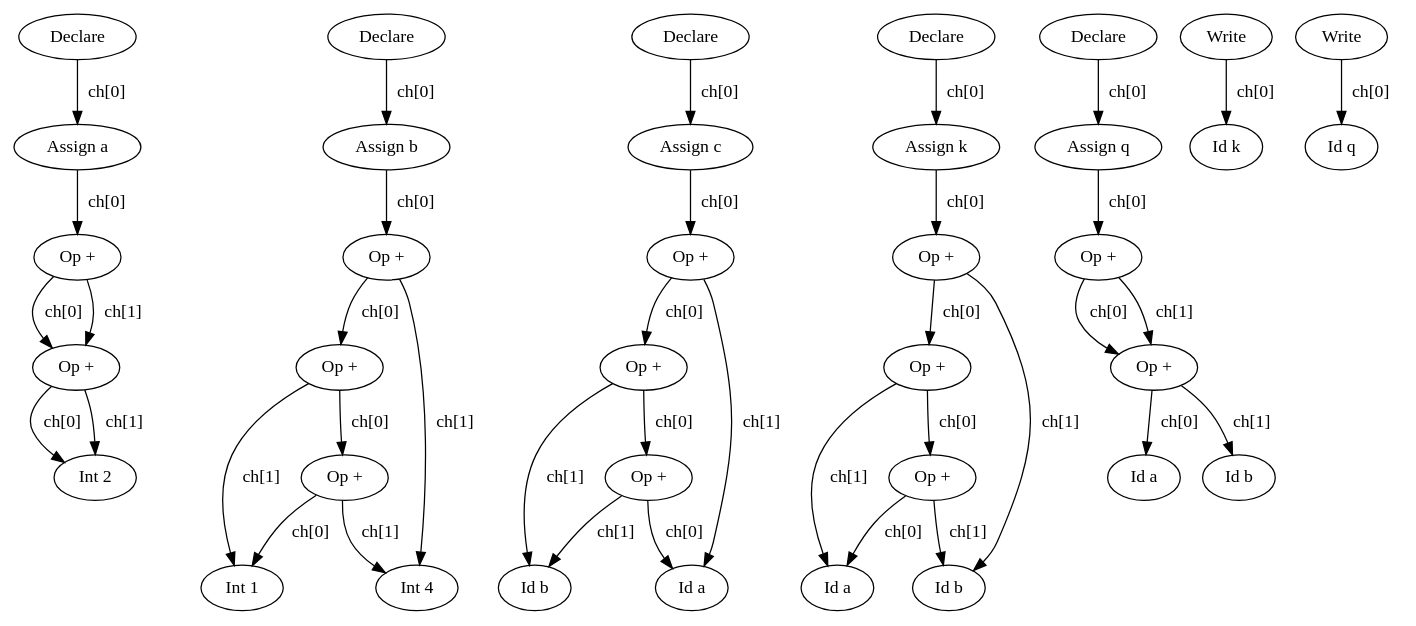
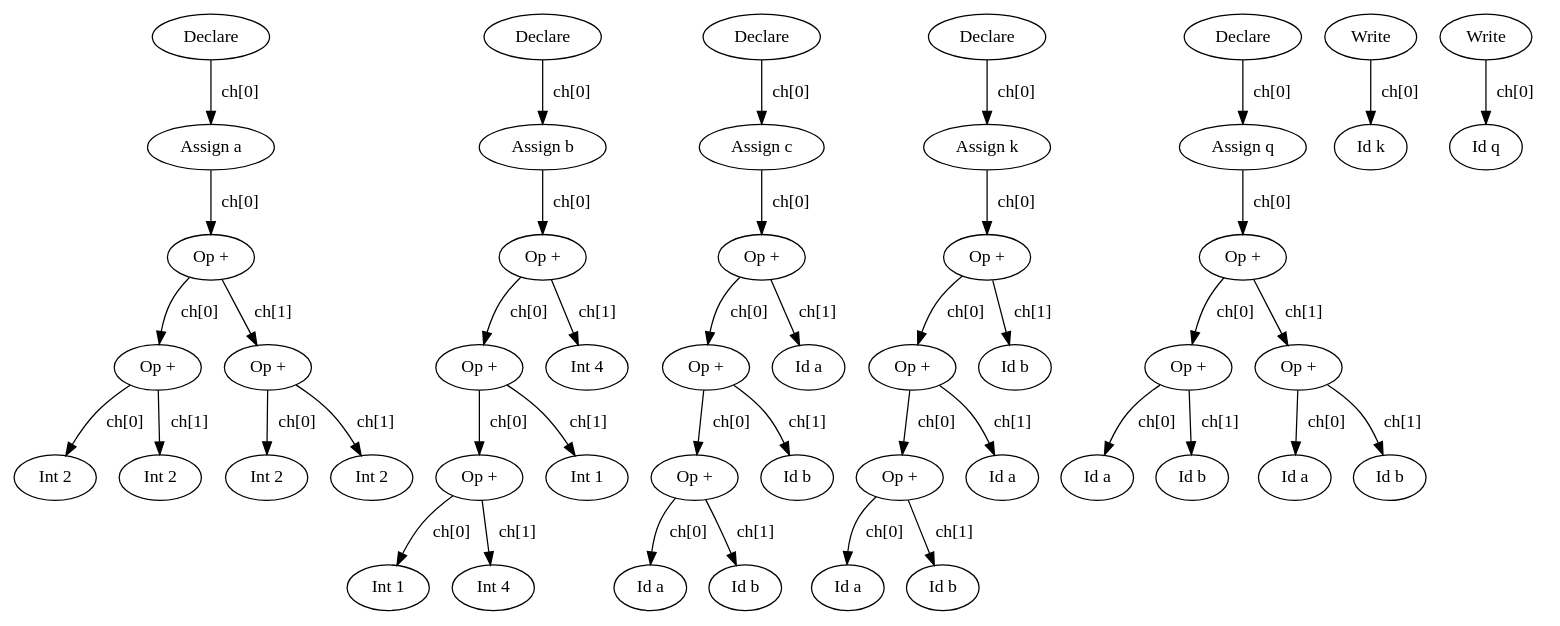
The diagram in TC/syntax_tree.dot (L1ttle-Q/tiny_compiler_plus), drawn with Graphviz before and after one commit. The commit also changed 15 other files, not shown here.

```diff
--- a/TC/syntax_tree.dot
+++ b/TC/syntax_tree.dot
@@ -1,76 +1,93 @@
 digraph SyntaxTree {
-"00000217D47FE8F0" [ label = "Declare"];
-"00000217D47FEA80" [ label = "Assign a"];
-"00000217D47FE580" [ label = "Op +"];
-"00000217D47FE800" [ label = "Op +"];
-"00000217D47FE530" [ label = "Int 2"];
-"00000217D47FE800" -> "00000217D47FE530" [label = " ch[0] "];
-"00000217D47FE800" -> "00000217D47FE530" [label = " ch[1] "];
-"00000217D47FE580" -> "00000217D47FE800" [label = " ch[0] "];
-"00000217D47FE580" -> "00000217D47FE800" [label = " ch[1] "];
-"00000217D47FEA80" -> "00000217D47FE580" [label = " ch[0] "];
-"00000217D47FE8F0" -> "00000217D47FEA80" [label = " ch[0] "];
-"00000217D47FE760" [ label = "Declare"];
-"00000217D47FE6C0" [ label = "Assign b"];
-"00000217D47FE620" [ label = "Op +"];
-"00000217D47FEB20" [ label = "Op +"];
-"00000217D47FE710" [ label = "Op +"];
-"00000217D47FE440" [ label = "Int 1"];
-"00000217D47FE4E0" [ label = "Int 4"];
-"00000217D47FE710" -> "00000217D47FE440" [label = " ch[0] "];
-"00000217D47FE710" -> "00000217D47FE4E0" [label = " ch[1] "];
-"00000217D47FEB20" -> "00000217D47FE710" [label = " ch[0] "];
-"00000217D47FEB20" -> "00000217D47FE440" [label = " ch[1] "];
-"00000217D47FE620" -> "00000217D47FEB20" [label = " ch[0] "];
-"00000217D47FE620" -> "00000217D47FE4E0" [label = " ch[1] "];
-"00000217D47FE6C0" -> "00000217D47FE620" [label = " ch[0] "];
-"00000217D47FE760" -> "00000217D47FE6C0" [label = " ch[0] "];
-"00000217D47FEA30" [ label = "Declare"];
-"00000217D47FE490" [ label = "Assign c"];
-"00000217D47FE990" [ label = "Op +"];
-"00000217D47FE940" [ label = "Op +"];
-"00000217D47FE850" [ label = "Op +"];
-"00000217D47FE7B0" [ label = "Id a"];
-"00000217D47FE8A0" [ label = "Id b"];
-"00000217D47FE850" -> "00000217D47FE7B0" [label = " ch[0] "];
-"00000217D47FE850" -> "00000217D47FE8A0" [label = " ch[1] "];
-"00000217D47FE940" -> "00000217D47FE850" [label = " ch[0] "];
-"00000217D47FE940" -> "00000217D47FE8A0" [label = " ch[1] "];
-"00000217D47FE990" -> "00000217D47FE940" [label = " ch[0] "];
-"00000217D47FE990" -> "00000217D47FE7B0" [label = " ch[1] "];
-"00000217D47FE490" -> "00000217D47FE990" [label = " ch[0] "];
-"00000217D47FEA30" -> "00000217D47FE490" [label = " ch[0] "];
-"00000217D47FE9E0" [ label = "Declare"];
-"00000217D481BD90" [ label = "Assign k"];
-"00000217D481C330" [ label = "Op +"];
-"00000217D481B7A0" [ label = "Op +"];
-"00000217D481B8E0" [ label = "Op +"];
-"00000217D481B6B0" [ label = "Id a"];
-"00000217D481BE30" [ label = "Id b"];
-"00000217D481B8E0" -> "00000217D481B6B0" [label = " ch[0] "];
-"00000217D481B8E0" -> "00000217D481BE30" [label = " ch[1] "];
-"00000217D481B7A0" -> "00000217D481B8E0" [label = " ch[0] "];
-"00000217D481B7A0" -> "00000217D481B6B0" [label = " ch[1] "];
-"00000217D481C330" -> "00000217D481B7A0" [label = " ch[0] "];
-"00000217D481C330" -> "00000217D481BE30" [label = " ch[1] "];
-"00000217D481BD90" -> "00000217D481C330" [label = " ch[0] "];
-"00000217D47FE9E0" -> "00000217D481BD90" [label = " ch[0] "];
-"00000217D481BA20" [ label = "Declare"];
-"00000217D481BF70" [ label = "Assign q"];
-"00000217D481B9D0" [ label = "Op +"];
-"00000217D481BF20" [ label = "Op +"];
-"00000217D481BB10" [ label = "Id a"];
-"00000217D481C420" [ label = "Id b"];
-"00000217D481BF20" -> "00000217D481BB10" [label = " ch[0] "];
-"00000217D481BF20" -> "00000217D481C420" [label = " ch[1] "];
-"00000217D481B9D0" -> "00000217D481BF20" [label = " ch[0] "];
-"00000217D481B9D0" -> "00000217D481BF20" [label = " ch[1] "];
-"00000217D481BF70" -> "00000217D481B9D0" [label = " ch[0] "];
-"00000217D481BA20" -> "00000217D481BF70" [label = " ch[0] "];
-"00000217D481B700" [ label = "Write"];
-"00000217D481B930" [ label = "Id k"];
-"00000217D481B700" -> "00000217D481B930" [label = " ch[0] "];
-"00000217D481BD40" [ label = "Write"];
-"00000217D481B750" [ label = "Id q"];
-"00000217D481BD40" -> "00000217D481B750" [label = " ch[0] "];
+"000001C13A5B2260" [ label = "Declare"];
+"000001C13A5B28A0" [ label = "Assign a"];
+"000001C13A5B23F0" [ label = "Op +"];
+"000001C13A5B2300" [ label = "Op +"];
+"000001C13A5B2850" [ label = "Int 2"];
+"000001C13A5B28F0" [ label = "Int 2"];
+"000001C13A5B2300" -> "000001C13A5B2850" [label = " ch[0] "];
+"000001C13A5B2300" -> "000001C13A5B28F0" [label = " ch[1] "];
+"000001C13A5B2760" [ label = "Op +"];
+"000001C13A5B2940" [ label = "Int 2"];
+"000001C13A5B27B0" [ label = "Int 2"];
+"000001C13A5B2760" -> "000001C13A5B2940" [label = " ch[0] "];
+"000001C13A5B2760" -> "000001C13A5B27B0" [label = " ch[1] "];
+"000001C13A5B23F0" -> "000001C13A5B2300" [label = " ch[0] "];
+"000001C13A5B23F0" -> "000001C13A5B2760" [label = " ch[1] "];
+"000001C13A5B28A0" -> "000001C13A5B23F0" [label = " ch[0] "];
+"000001C13A5B2260" -> "000001C13A5B28A0" [label = " ch[0] "];
+"000001C13A5B2670" [ label = "Declare"];
+"000001C13A5B26C0" [ label = "Assign b"];
+"000001C13A5B2350" [ label = "Op +"];
+"000001C13A5B22B0" [ label = "Op +"];
+"000001C13A5B2440" [ label = "Op +"];
+"000001C13A5B2800" [ label = "Int 1"];
+"000001C13A5B2990" [ label = "Int 4"];
+"000001C13A5B2440" -> "000001C13A5B2800" [label = " ch[0] "];
+"000001C13A5B2440" -> "000001C13A5B2990" [label = " ch[1] "];
+"000001C13A5B2710" [ label = "Int 1"];
+"000001C13A5B22B0" -> "000001C13A5B2440" [label = " ch[0] "];
+"000001C13A5B22B0" -> "000001C13A5B2710" [label = " ch[1] "];
+"000001C13A5B23A0" [ label = "Int 4"];
+"000001C13A5B2350" -> "000001C13A5B22B0" [label = " ch[0] "];
+"000001C13A5B2350" -> "000001C13A5B23A0" [label = " ch[1] "];
+"000001C13A5B26C0" -> "000001C13A5B2350" [label = " ch[0] "];
+"000001C13A5B2670" -> "000001C13A5B26C0" [label = " ch[0] "];
+"000001C13A5B2490" [ label = "Declare"];
+"000001C13A5B24E0" [ label = "Assign c"];
+"000001C13A5CBA20" [ label = "Op +"];
+"000001C13A5CB9D0" [ label = "Op +"];
+"000001C13A5B25D0" [ label = "Op +"];
+"000001C13A5B2580" [ label = "Id a"];
+"000001C13A5CC060" [ label = "Id b"];
+"000001C13A5B25D0" -> "000001C13A5B2580" [label = " ch[0] "];
+"000001C13A5B25D0" -> "000001C13A5CC060" [label = " ch[1] "];
+"000001C13A5CBB60" [ label = "Id b"];
+"000001C13A5CB9D0" -> "000001C13A5B25D0" [label = " ch[0] "];
+"000001C13A5CB9D0" -> "000001C13A5CBB60" [label = " ch[1] "];
+"000001C13A5CBC00" [ label = "Id a"];
+"000001C13A5CBA20" -> "000001C13A5CB9D0" [label = " ch[0] "];
+"000001C13A5CBA20" -> "000001C13A5CBC00" [label = " ch[1] "];
+"000001C13A5B24E0" -> "000001C13A5CBA20" [label = " ch[0] "];
+"000001C13A5B2490" -> "000001C13A5B24E0" [label = " ch[0] "];
+"000001C13A5CBA70" [ label = "Declare"];
+"000001C13A5CB8E0" [ label = "Assign k"];
+"000001C13A5CBE80" [ label = "Op +"];
+"000001C13A5CBB10" [ label = "Op +"];
+"000001C13A5CBAC0" [ label = "Op +"];
+"000001C13A5CBC50" [ label = "Id a"];
+"000001C13A5CC380" [ label = "Id b"];
+"000001C13A5CBAC0" -> "000001C13A5CBC50" [label = " ch[0] "];
+"000001C13A5CBAC0" -> "000001C13A5CC380" [label = " ch[1] "];
+"000001C13A5CC3D0" [ label = "Id a"];
+"000001C13A5CBB10" -> "000001C13A5CBAC0" [label = " ch[0] "];
+"000001C13A5CBB10" -> "000001C13A5CC3D0" [label = " ch[1] "];
+"000001C13A5CC2E0" [ label = "Id b"];
+"000001C13A5CBE80" -> "000001C13A5CBB10" [label = " ch[0] "];
+"000001C13A5CBE80" -> "000001C13A5CC2E0" [label = " ch[1] "];
+"000001C13A5CB8E0" -> "000001C13A5CBE80" [label = " ch[0] "];
+"000001C13A5CBA70" -> "000001C13A5CB8E0" [label = " ch[0] "];
+"000001C13A5CB7A0" [ label = "Declare"];
+"000001C13A5CC240" [ label = "Assign q"];
+"000001C13A5CB570" [ label = "Op +"];
+"000001C13A5CBBB0" [ label = "Op +"];
+"000001C13A5CB520" [ label = "Id a"];
+"000001C13A5CB6B0" [ label = "Id b"];
+"000001C13A5CBBB0" -> "000001C13A5CB520" [label = " ch[0] "];
+"000001C13A5CBBB0" -> "000001C13A5CB6B0" [label = " ch[1] "];
+"000001C13A5CC150" [ label = "Op +"];
+"000001C13A5CBCA0" [ label = "Id a"];
+"000001C13A5CB980" [ label = "Id b"];
+"000001C13A5CC150" -> "000001C13A5CBCA0" [label = " ch[0] "];
+"000001C13A5CC150" -> "000001C13A5CB980" [label = " ch[1] "];
+"000001C13A5CB570" -> "000001C13A5CBBB0" [label = " ch[0] "];
+"000001C13A5CB570" -> "000001C13A5CC150" [label = " ch[1] "];
+"000001C13A5CC240" -> "000001C13A5CB570" [label = " ch[0] "];
+"000001C13A5CB7A0" -> "000001C13A5CC240" [label = " ch[0] "];
+"000001C13A5CC330" [ label = "Write"];
+"000001C13A5CC1A0" [ label = "Id k"];
+"000001C13A5CC330" -> "000001C13A5CC1A0" [label = " ch[0] "];
+"000001C13A5CB750" [ label = "Write"];
+"000001C13A5CBCF0" [ label = "Id q"];
+"000001C13A5CB750" -> "000001C13A5CBCF0" [label = " ch[0] "];
 }
```
